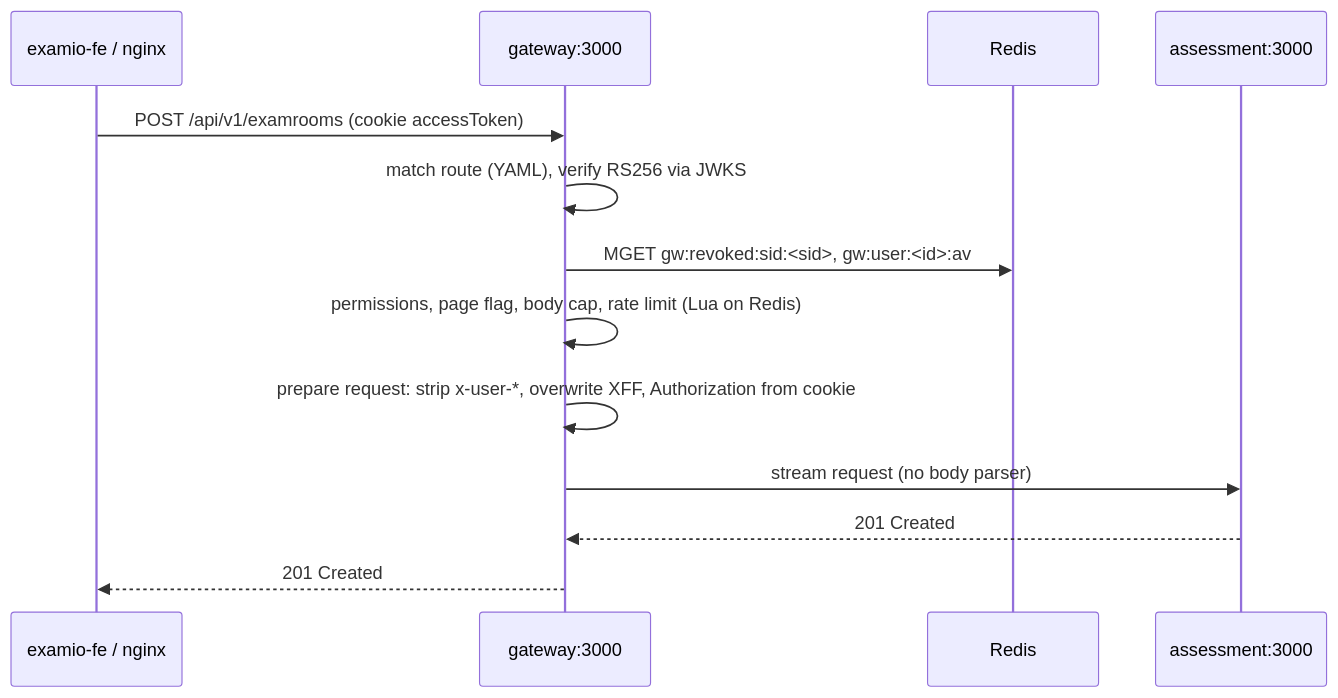
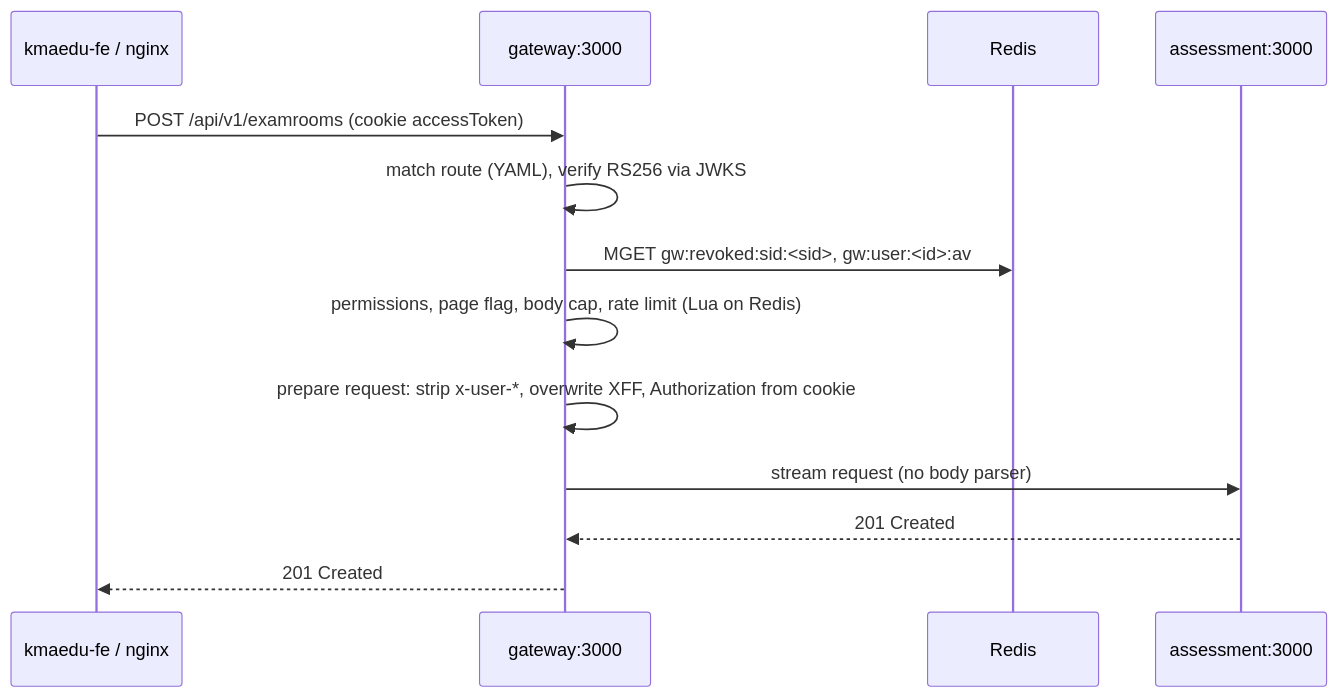
Before and after one commit to tgiap04/examio: the second of 9 diagrams in docs/system/architecture.md, drawn with Mermaid. The commit also changed other lines of this file and 3042 other files, not shown here.

First line of the commit message:
chore!: rename examio to kmaedu across the repository

````diff
--- a/docs/system/architecture.md
+++ b/docs/system/architecture.md
@@ -131,15 +131,15 @@
 ```mermaid
 sequenceDiagram
-    participant FE as examio-fe / nginx
+    participant FE as kmaedu-fe / nginx
     participant GW as gateway:3000
     participant R as Redis
     participant EX as assessment:3000
     FE->>GW: POST /api/v1/examrooms (cookie accessToken)
     GW->>GW: match route (YAML), verify RS256 via JWKS
     GW->>R: MGET gw:revoked:sid:<sid>, gw:user:<id>:av
     GW->>GW: permissions, page flag, body cap, rate limit (Lua on Redis)
     GW->>GW: prepare request: strip x-user-*, overwrite XFF, Authorization from cookie
     GW->>EX: stream request (no body parser)
     EX-->>GW: 201 Created
     GW-->>FE: 201 Created
 ```
````
